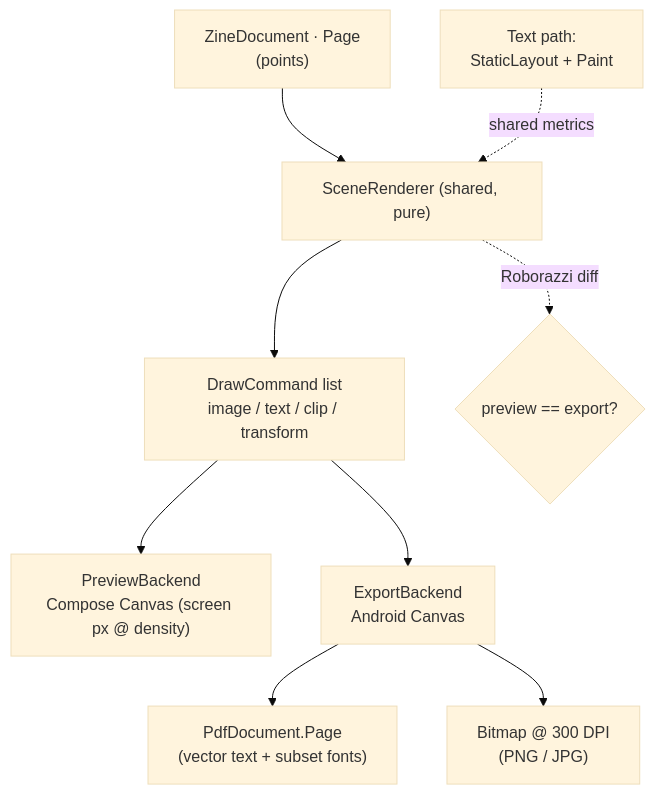
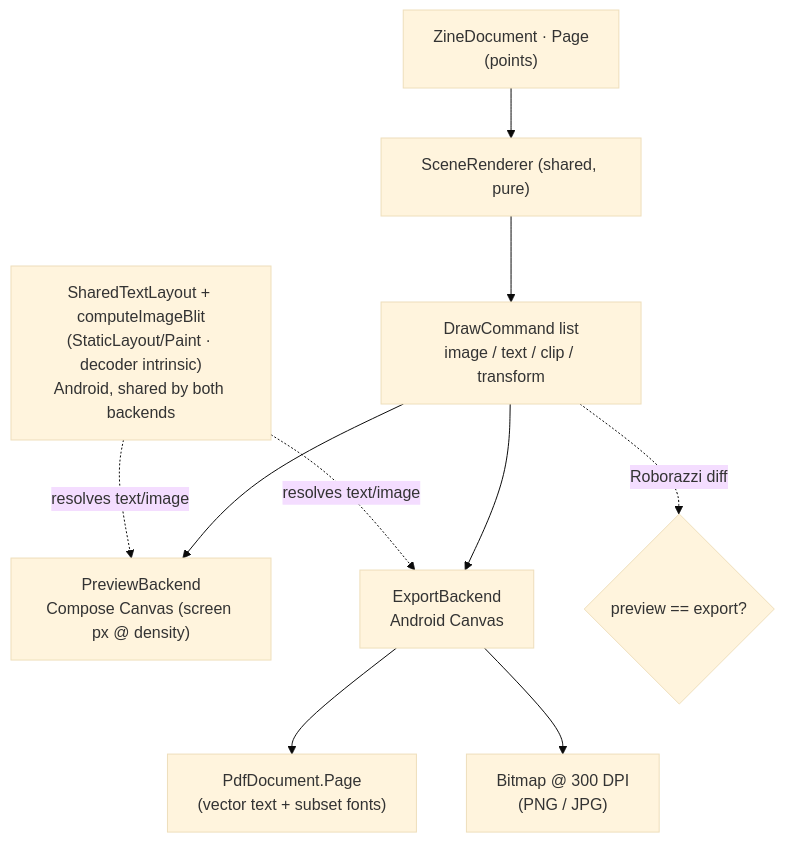
Before and after one commit to aritr-codes/zinely-android: the fourth of 10 diagrams in docs/ARCHITECTURE.md, drawn with Mermaid (base theme). The commit also changed other lines of this file and 13 other files, not shown here.

````diff
--- a/docs/ARCHITECTURE.md
+++ b/docs/ARCHITECTURE.md
@@ -170,11 +170,12 @@
 ```mermaid
 flowchart TD
     Page["ZineDocument · Page\n(points)"] --> SR["SceneRenderer (shared, pure)"]
     SR --> DC["DrawCommand list\nimage / text / clip / transform"]
     DC --> PB["PreviewBackend\nCompose Canvas (screen px @ density)"]
     DC --> EB["ExportBackend\nAndroid Canvas"]
     EB --> PDFp["PdfDocument.Page\n(vector text + subset fonts)"]
     EB --> BMP["Bitmap @ 300 DPI\n(PNG / JPG)"]
-    TXT["Text path:\nStaticLayout + Paint"] -. shared metrics .-> SR
-    SR -. Roborazzi diff .-> VERIFY{"preview == export?"}
+    TXT["SharedTextLayout + computeImageBlit\n(StaticLayout/Paint · decoder intrinsic)\nAndroid, shared by both backends"] -. resolves text/image .-> PB
+    TXT -. resolves text/image .-> EB
+    DC -. Roborazzi diff .-> VERIFY{"preview == export?"}
 ```
````
